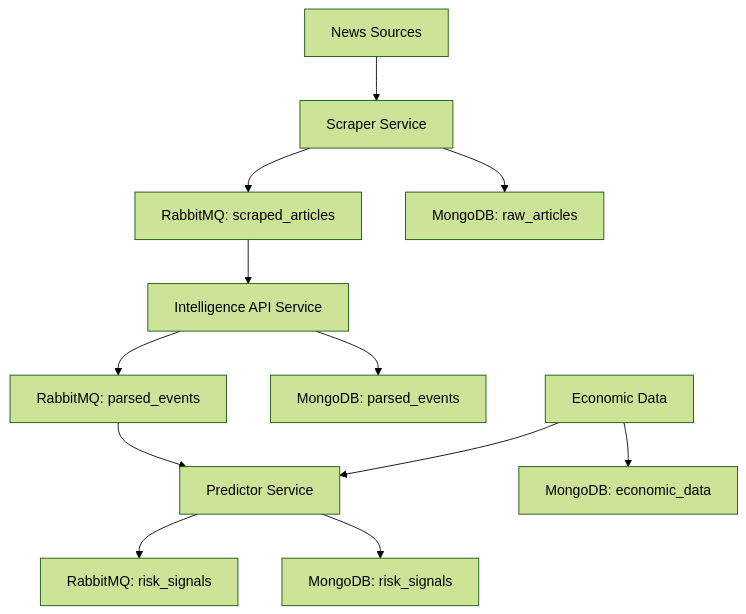
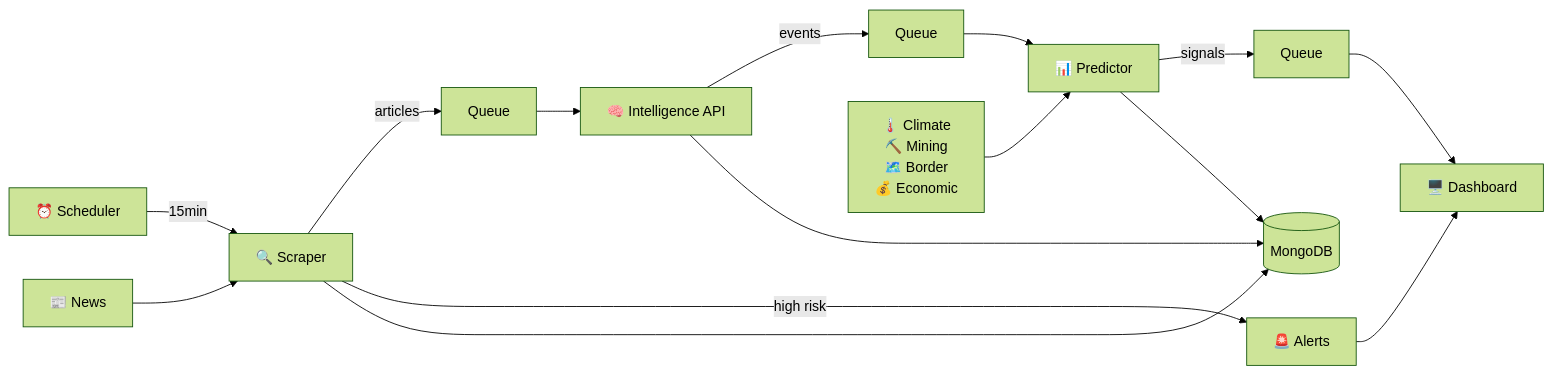
One commit to Ejyke90/nextier-signal-engine-core changed the diagram in ARCHITECTURE.md. Above: the diagram before and after it, drawn with Mermaid (forest theme). The commit also changed other lines of this file and 22 other files, not shown here.

````diff
--- a/ARCHITECTURE.md
+++ b/ARCHITECTURE.md
@@ -94,16 +99,24 @@
 ```mermaid
-graph TD
-    A[News Sources] --> B[Scraper Service]
-    B --> C[RabbitMQ: scraped_articles]
-    C --> D[Intelligence API Service]
-    D --> E[RabbitMQ: parsed_events]
-    E --> F[Predictor Service]
-    F --> G[RabbitMQ: risk_signals]
+flowchart LR
+    A[⏰ Scheduler] -->|15min| B[🔍 Scraper]
+    N[📰 News] --> B
+    B -->|articles| Q1[Queue]
+    B -->|high risk| W[🚨 Alerts]
     
-    B --> H[MongoDB: raw_articles]
-    D --> I[MongoDB: parsed_events]
-    F --> J[MongoDB: risk_signals]
+    Q1 --> C[🧠 Intelligence API]
+    C -->|events| Q2[Queue]
     
-    K[Economic Data] --> F
-    K --> L[MongoDB: economic_data]
+    Q2 --> D[📊 Predictor]
+    E["🌡️ Climate
+    ⛏️ Mining
+    🗺️ Border
+    💰 Economic"] --> D
+    D -->|signals| Q3[Queue]
+    
+    W --> UI[🖥️ Dashboard]
+    Q3 --> UI
+    
+    B --> DB[(MongoDB)]
+    C --> DB
+    D --> DB
 ```
````
